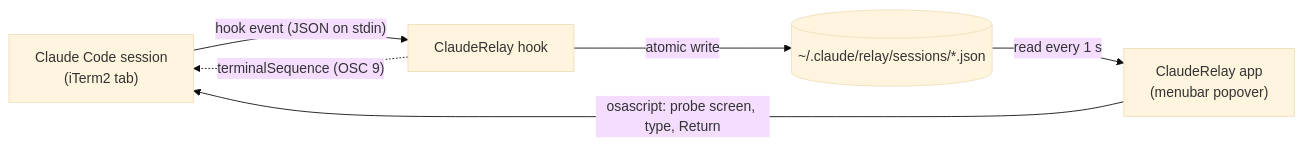
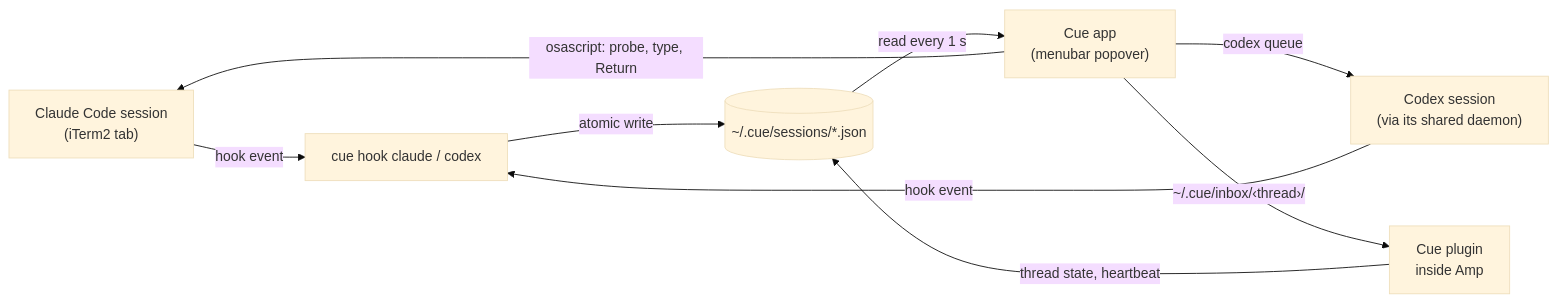
Before and after one commit to haikelz/cue: the first of 3 diagrams in docs/architecture.md, drawn with Mermaid (base theme). The commit also changed other lines of this file and 3 other files, not shown here.

First line of the commit message:
docs: document Cue for Claude Code, Codex and Amp

````diff
--- a/docs/architecture.md
+++ b/docs/architecture.md
@@ -5,8 +5,11 @@
 ```mermaid
 flowchart LR
-    S["Claude Code session<br/>(iTerm2 tab)"] -- "hook event (JSON on stdin)" --> H["ClaudeRelay hook"]
-    H -- "atomic write" --> F[("~/.claude/relay/sessions/*.json")]
-    H -. "terminalSequence (OSC 9)" .-> S
-    F -- "read every 1 s" --> A["ClaudeRelay app<br/>(menubar popover)"]
-    A -- "osascript: probe screen, type, Return" --> S
+    C["Claude Code session<br/>(iTerm2 tab)"] -- "hook event" --> H["cue hook claude / codex"]
+    X["Codex session<br/>(via its shared daemon)"] -- "hook event" --> H
+    P["Cue plugin<br/>inside Amp"] -- "thread state, heartbeat" --> F
+    H -- "atomic write" --> F[("~/.cue/sessions/*.json")]
+    F -- "read every 1 s" --> A["Cue app<br/>(menubar popover)"]
+    A -- "osascript: probe, type, Return" --> C
+    A -- "codex queue" --> X
+    A -- "~/.cue/inbox/‹thread›/" --> P
 ```
````
